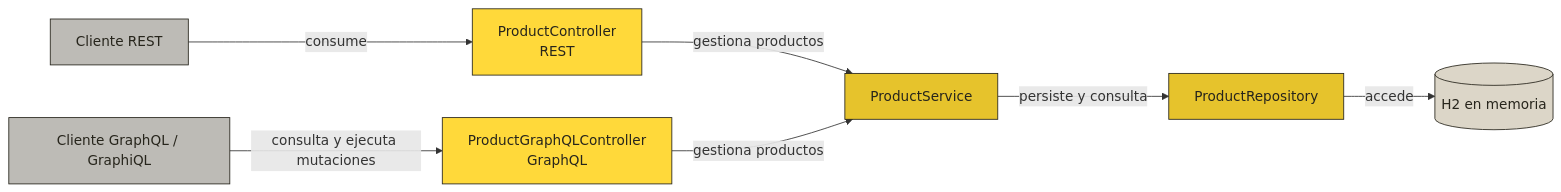
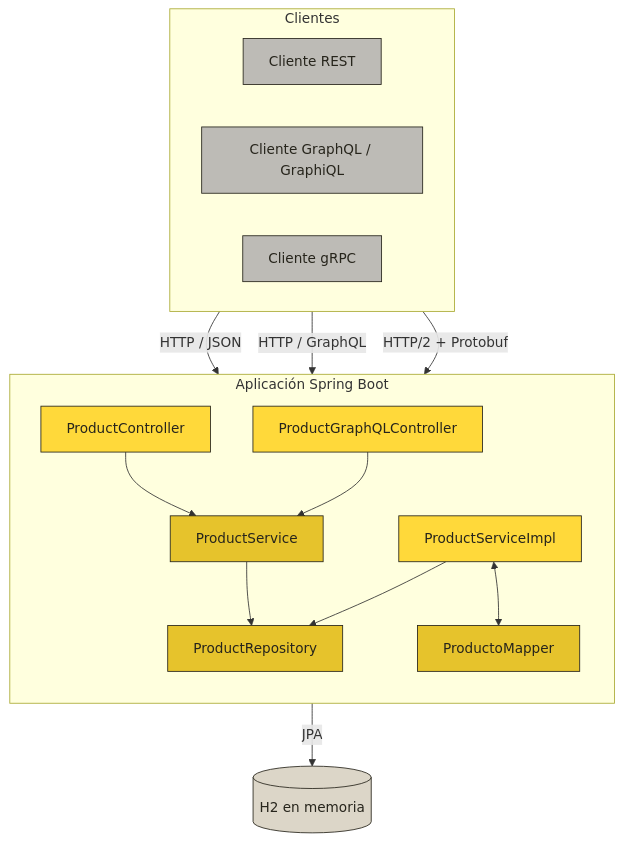
One commit to alirio-rodriguez/arqWebUnidadII changed the first of 2 diagrams in README.md. Above: the diagram before and after it, drawn with Mermaid. The commit also changed other lines of this file, not shown here.

First line of the commit message:
Add gRPC support and improve README content

````diff
--- a/README.md
+++ b/README.md
@@ -22,19 +40,39 @@
 ```mermaid
-flowchart LR
-    ClientREST[Cliente REST] -->|consume| RestController[ProductController\nREST]
-    ClientGraphQL[Cliente GraphQL / GraphiQL] -->|consulta y ejecuta mutaciones| GraphQLController[ProductGraphQLController\nGraphQL]
-    RestController -->|gestiona productos| Service[ProductService]
-    GraphQLController -->|gestiona productos| Service
-    Service -->|persiste y consulta| Repository[ProductRepository]
-    Repository -->|accede| Database[(H2 en memoria)]
+flowchart TB
+    subgraph Clientes[Clientes]
+        direction LR
+        REST[Cliente REST]
+        GQL[Cliente GraphQL / GraphiQL]
+        GRPC[Cliente gRPC]
+    end
+
+    subgraph Aplicacion[Aplicación Spring Boot]
+        direction TB
+        RC[ProductController]
+        GC[ProductGraphQLController]
+        GS[ProductServiceImpl]
+        S[ProductService]
+        M[ProductoMapper]
+        R[ProductRepository]
+    end
+
+    REST -->|HTTP / JSON| RC
+    GQL -->|HTTP / GraphQL| GC
+    GRPC -->|HTTP/2 + Protobuf| GS
+    RC --> S
+    GC --> S
+    S --> R
+    GS <--> M
+    GS --> R
+    R -->|JPA| DB[(H2 en memoria)]
 
     classDef client fill:#BDBBB6,stroke:#27251C,color:#27251C
-    classDef application fill:#FFD93A,stroke:#27251C,color:#27251C
+    classDef api fill:#FFD93A,stroke:#27251C,color:#27251C
     classDef component fill:#E6C32C,stroke:#27251C,color:#27251C
     classDef database fill:#DCD6C8,stroke:#27251C,color:#27251C
 
-    class ClientREST,ClientGraphQL client
-    class RestController,GraphQLController application
-    class Service,Repository component
-    class Database database
+    class REST,GQL,GRPC client
+    class RC,GC,GS api
+    class S,M,R component
+    class DB database
 ```
````
